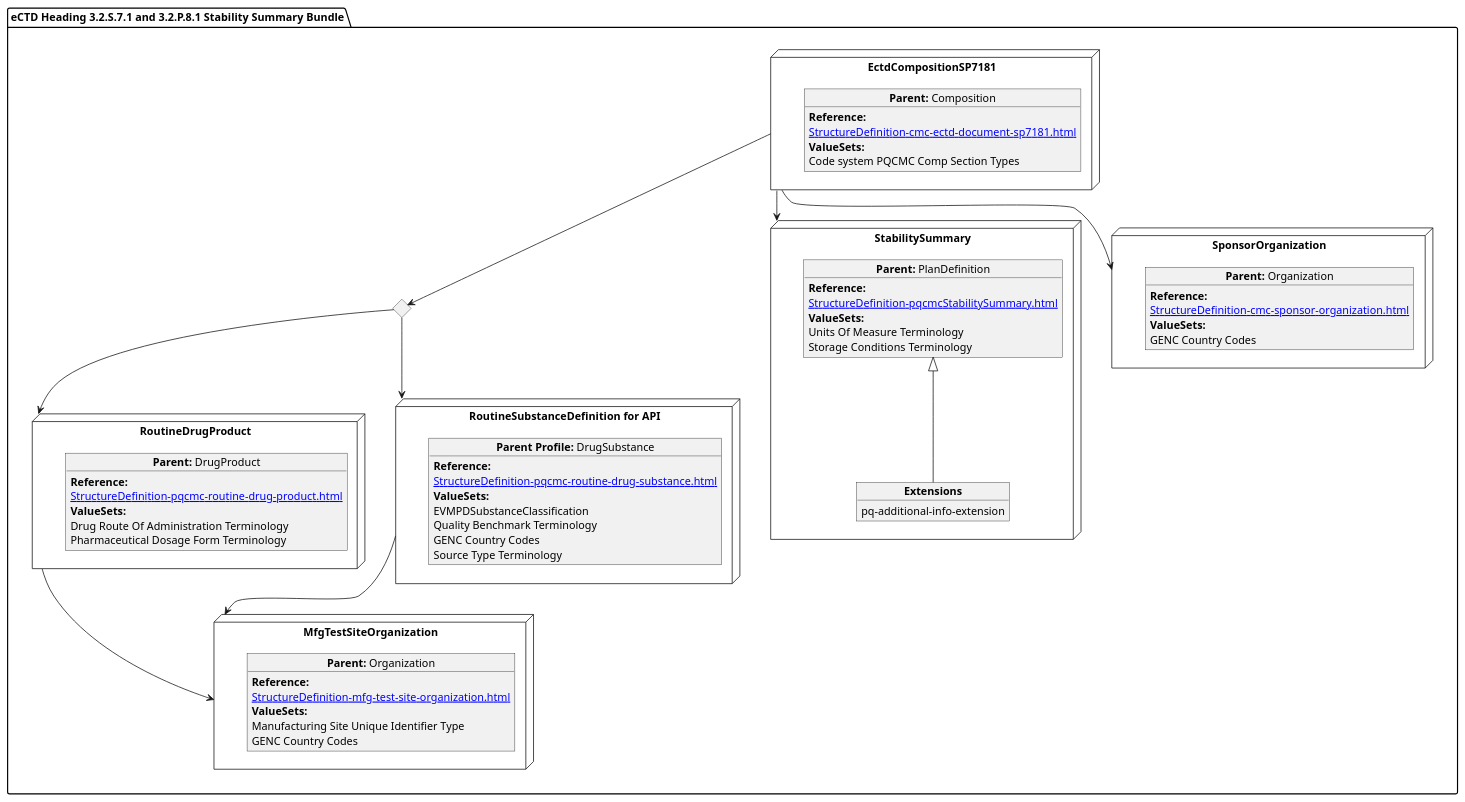
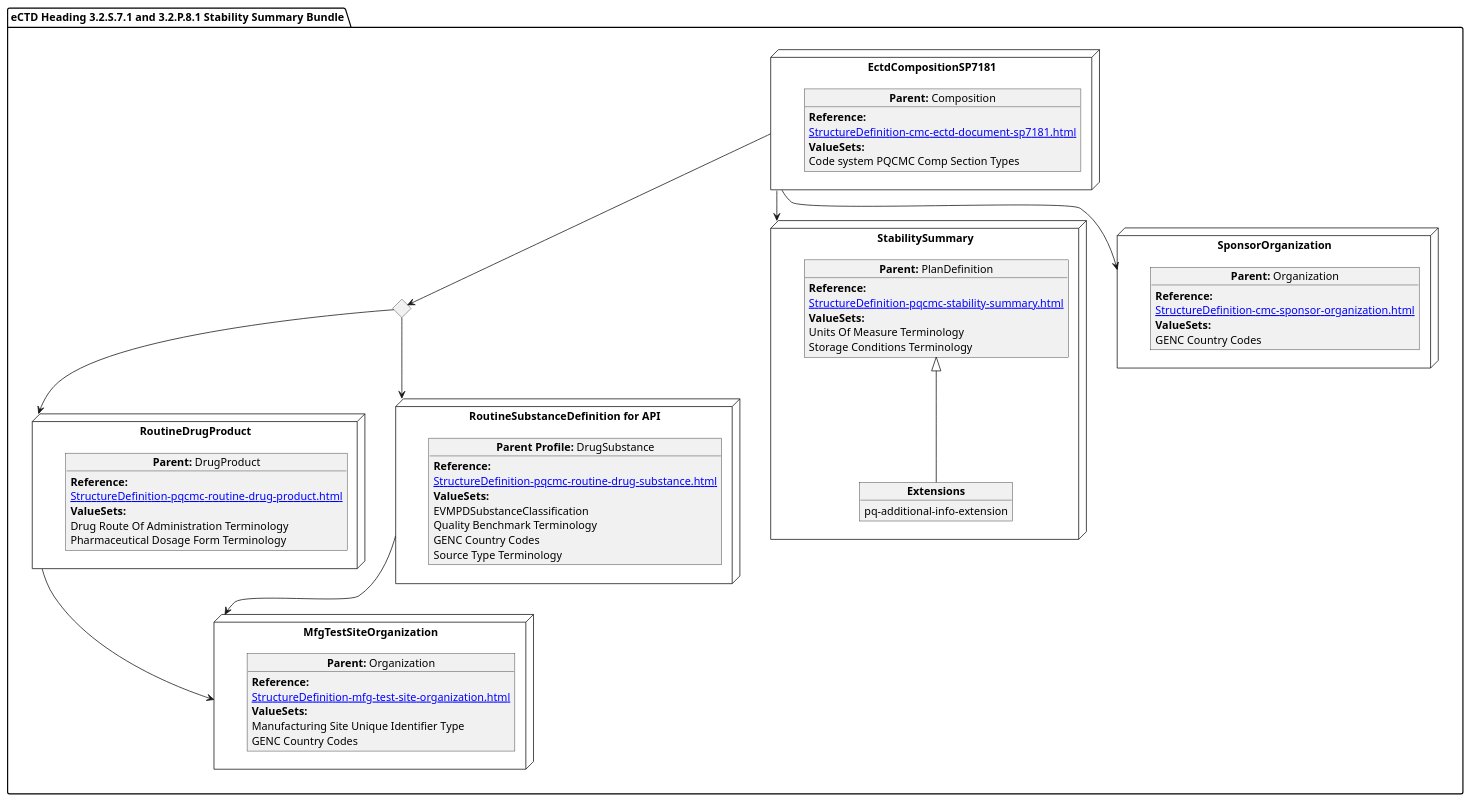
One commit to HL7/FHIR-us-pq-cmc-fda changed the diagram in input/images-source/StabilitySummary.plantuml. Above: the diagram before and after it, drawn with PlantUML. The commit also changed 26 other files, not shown here.

```diff
--- a/input/images-source/StabilitySummary.plantuml
+++ b/input/images-source/StabilitySummary.plantuml
@@ -1,82 +1,82 @@
 @startuml
 allowmixing
 'Mixed model of use case and object
 package "eCTD Heading 3.2.S.7.1 and 3.2.P.8.1 Stability Summary Bundle" as NODES {
 
   node "RoutineDrugProduct" as NN { 
       object "**Parent:** DrugProduct" as obj3 {
              **Reference:**
       [[StructureDefinition-pqcmc-routine-drug-product.html]]
         **ValueSets:**
         Drug Route Of Administration Terminology
         Pharmaceutical Dosage Form Terminology
           
       }
 }
 diamond CH
 
 node "RoutineSubstanceDefinition for API" as NNS { 
       object "**Parent Profile:** DrugSubstance" as obj4 {
              **Reference:**
       [[StructureDefinition-pqcmc-routine-drug-substance.html]]
                 **ValueSets:**
                 EVMPDSubstanceClassification
                 Quality Benchmark Terminology
                 GENC Country Codes
                 Source Type Terminology
       }
 }
 
 node "MfgTestSiteOrganization" as NMFG { 
       object "**Parent:** Organization" as objDP {
              **Reference:**
       [[StructureDefinition-mfg-test-site-organization.html]]
          **ValueSets:**
         Manufacturing Site Unique Identifier Type
 	    GENC Country Codes
     }
 }
 
 node "StabilitySummary" as NMain { 
       object "**Parent:** PlanDefinition" as objMain {
              **Reference:**
-      [[StructureDefinition-pqcmcStabilitySummary.html]]
+      [[StructureDefinition-pqcmc-stability-summary.html]]
         **ValueSets:**
 	Units Of Measure Terminology
       Storage Conditions Terminology
       }  
       object "**Extensions**" as objExs2 {
         pq-additional-info-extension
 }
 
 objMain <|-- objExs2  
 }
 
 node "EctdCompositionSP7181" as N1 { 
       object "**Parent:** Composition" as obj1 {
      **Reference:**
       [[StructureDefinition-cmc-ectd-document-sp7181.html]]
       **ValueSets:**
   Code system PQCMC Comp Section Types
     }
 }
 node "SponsorOrganization" as NSO { 
       object "**Parent:** Organization" as objAu {
      **Reference:**
       [[StructureDefinition-cmc-sponsor-organization.html]]
         **ValueSets:**
         GENC Country Codes
     }
 }
 
 CH --> NN
 CH --> NNS
 N1 --> CH
 N1 --> NSO
 NN --> NMFG
 NNS --> NMFG
 N1 --> NMain
 
 
 }
 @enduml
```
